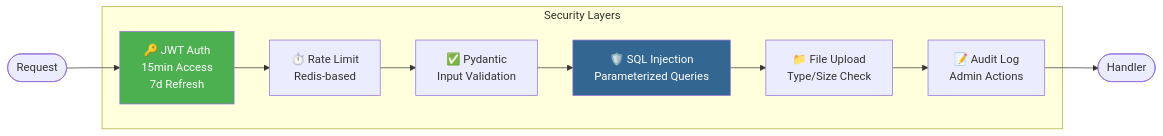
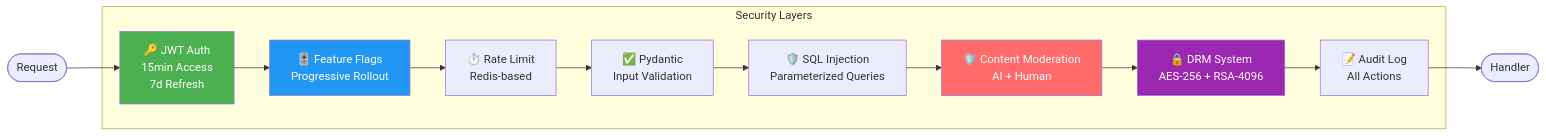
One commit to flokflok1/lernseite changed the third of 3 diagrams in LernsystemX-Doku/05_Technical/05_Backend-Struktur.md. Above: the diagram before and after it, drawn with Mermaid. The commit also changed other lines of this file and 1017 other files, not shown here.

````diff
--- a/LernsystemX-Doku/05_Technical/05_Backend-Struktur.md
+++ b/LernsystemX-Doku/05_Technical/05_Backend-Struktur.md
@@ -1240,22 +1527,28 @@
 ```mermaid
 graph LR
     subgraph "Security Layers"
         JWT[🔑 JWT Auth<br/>15min Access<br/>7d Refresh]
+        FF[🎚️ Feature Flags<br/>Progressive Rollout]
         RATE[⏱️ Rate Limit<br/>Redis-based]
         VALID[✅ Pydantic<br/>Input Validation]
         SQL[🛡️ SQL Injection<br/>Parameterized Queries]
-        FILE[📁 File Upload<br/>Type/Size Check]
-        AUDIT[📝 Audit Log<br/>Admin Actions]
+        MOD[🛡️ Content Moderation<br/>AI + Human]
+        DRM[🔒 DRM System<br/>AES-256 + RSA-4096]
+        AUDIT[📝 Audit Log<br/>All Actions]
     end
 
     REQ([Request]) --> JWT
-    JWT --> RATE
+    JWT --> FF
+    FF --> RATE
     RATE --> VALID
     VALID --> SQL
-    SQL --> FILE
-    FILE --> AUDIT
+    SQL --> MOD
+    MOD --> DRM
+    DRM --> AUDIT
     AUDIT --> HANDLER([Handler])
 
     style JWT fill:#4CAF50,color:#fff
-    style SQL fill:#336791,color:#fff
+    style FF fill:#2196F3,color:#fff
+    style MOD fill:#FF6B6B,color:#fff
+    style DRM fill:#9C27B0,color:#fff
 ```
````
